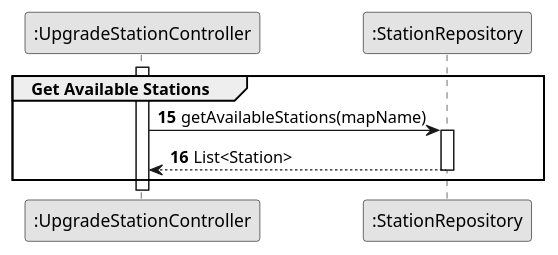
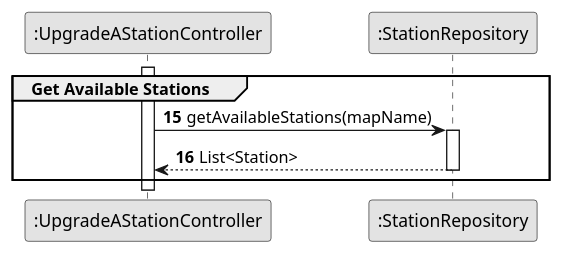
The diagram in docs/sprint3/us006/03.design/puml/us006-sd-partial-get-available-stations.puml (ivasduarte/all-aboard), drawn with PlantUML before and after one commit. The commit also changed 27 other files, not shown here.

```diff
--- a/docs/sprint3/us006/03.design/puml/us006-sd-partial-get-available-stations.puml
+++ b/docs/sprint3/us006/03.design/puml/us006-sd-partial-get-available-stations.puml
@@ -1,22 +1,22 @@
 @startuml
 skinparam monochrome true
 skinparam packageStyle rectangle
 skinparam shadowing false
 
-participant ":UpgradeStationController" as ctrl
+participant ":UpgradeAStationController" as ctrl
 participant ":StationRepository" as st
 
 autonumber 15
 
 activate ctrl
 
     group Get Available Stations
 
         ctrl -> st : getAvailableStations(mapName)
         activate st
         st --> ctrl : List<Station>
         deactivate st
 
     end
 
 @enduml
```
